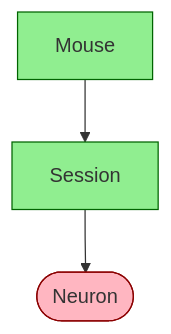
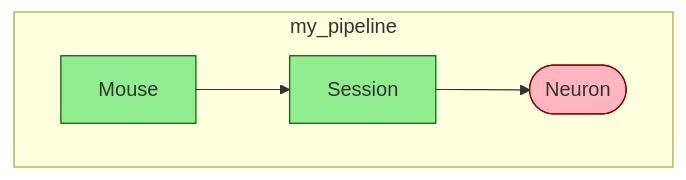
The diagram in src/reference/specs/diagram.md (datajoint/datajoint-docs), drawn with Mermaid before and after one commit. The commit also changed other lines of this file and 1 other file, not shown here.

First line of the commit message:
docs: update for automatic schema grouping

````diff
--- a/src/reference/specs/diagram.md
+++ b/src/reference/specs/diagram.md
@@ -239,14 +236,16 @@
 ```mermaid
 flowchart TB
     classDef manual fill:#90EE90,stroke:#006400
     classDef lookup fill:#D3D3D3,stroke:#696969
     classDef computed fill:#FFB6C1,stroke:#8B0000
     classDef imported fill:#ADD8E6,stroke:#00008B
     classDef part fill:#FFFFFF,stroke:#000000
 
-    Mouse[Mouse]:::manual
-    Session[Session]:::manual
-    Neuron([Neuron]):::computed
+    subgraph my_pipeline
+        Mouse[Mouse]:::manual
+        Session[Session]:::manual
+        Neuron([Neuron]):::computed
+    end
     Mouse --> Session
     Session --> Neuron
 ```
````
